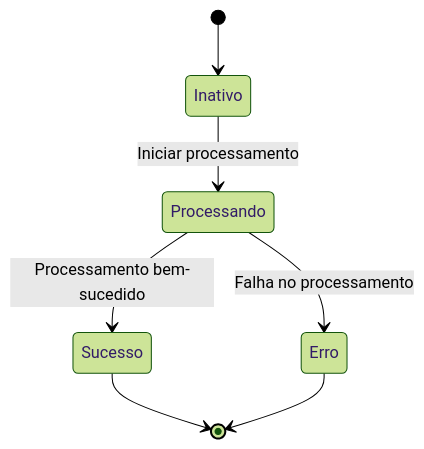
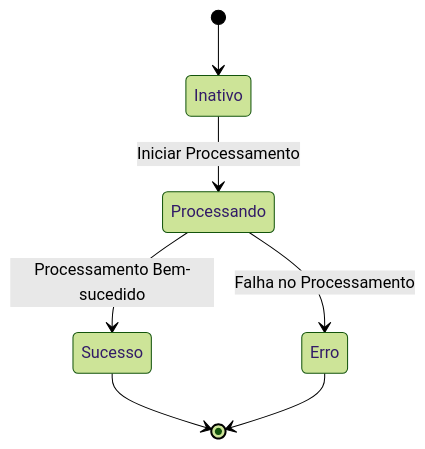
Before and after one commit to zccz14/CZON: the fifth of 7 diagrams in .czon/src/pt-BR/8938d6aac9c056c06137a041b8e82379bfb619bb6d435b9ecec515337dd0cd69.md, drawn with Mermaid (forest theme). The commit also changed other lines of this file and 148 other files, not shown here.

````diff
--- a/.czon/src/pt-BR/8938d6aac9c056c06137a041b8e82379bfb619bb6d435b9ecec515337dd0cd69.md
+++ b/.czon/src/pt-BR/8938d6aac9c056c06137a041b8e82379bfb619bb6d435b9ecec515337dd0cd69.md
@@ -91,9 +90,9 @@
 ```mermaid
 stateDiagram-v2
     [*] --> Inativo
-    Inativo --> Processando : Iniciar processamento
-    Processando --> Sucesso : Processamento bem-sucedido
-    Processando --> Erro : Falha no processamento
+    Inativo --> Processando : Iniciar Processamento
+    Processando --> Sucesso : Processamento Bem-sucedido
+    Processando --> Erro : Falha no Processamento
     Sucesso --> [*]
     Erro --> [*]
 ```
````
